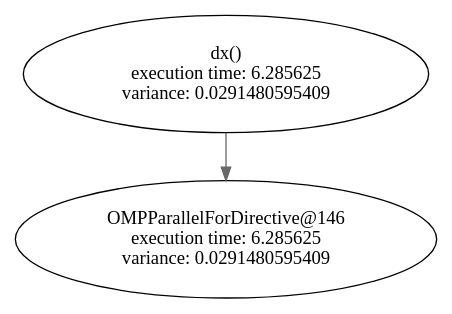
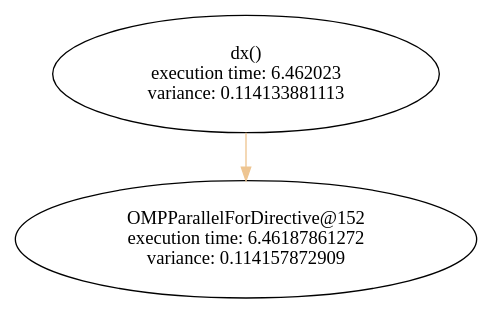
Before and after one commit to filippobrizzi/soma: the diagram in graph_sched/graphs/dx_code.dot, drawn with Graphviz. The commit also changed 25 other files, not shown here.

```diff
--- a/graph_sched/graphs/dx_code.dot
+++ b/graph_sched/graphs/dx_code.dot
@@ -1,7 +1,7 @@
 digraph G {
 	node [label="\N"];
-	graph [bb="0,0,316,212"];
-	dx [label="dx()\n execution time: 6.285625\nvariance: 0.0291480595409", pos="158,168", width="4.2222", height="1.2222"];
-	"OMPParallelForDirective@146" [label="OMPParallelForDirective@146\n execution time: 6.285625\nvariance: 0.0291480595409", pos="158,44", width="4.3889", height="1.2222"];
-	dx -> "OMPParallelForDirective@146" [color=dimgray, pos="e,158,88.343 158,123.93 158,115.72 158,107.04 158,98.557"];
+	graph [bb="0,0,346,212"];
+	dx [label="dx()\n execution time: 6.462023\nvariance: 0.114133881113", pos="173,168", width="4.0278", height="1.2222"];
+	"OMPParallelForDirective@152" [label="OMPParallelForDirective@152\n execution time: 6.46187861272\nvariance: 0.114157872909", pos="173,44", width="4.8056", height="1.2222"];
+	dx -> "OMPParallelForDirective@152" [color=burlywood2, pos="e,173,88.343 173,123.93 173,115.72 173,107.04 173,98.557"];
 }
```
